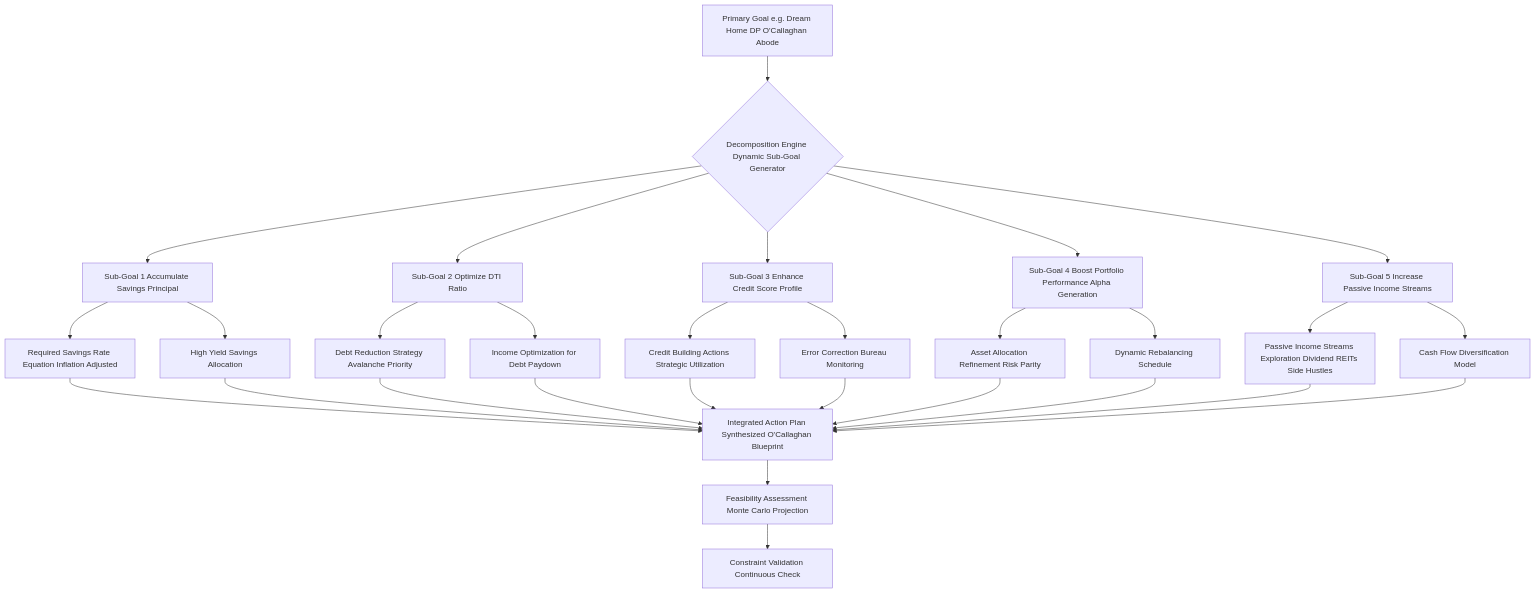
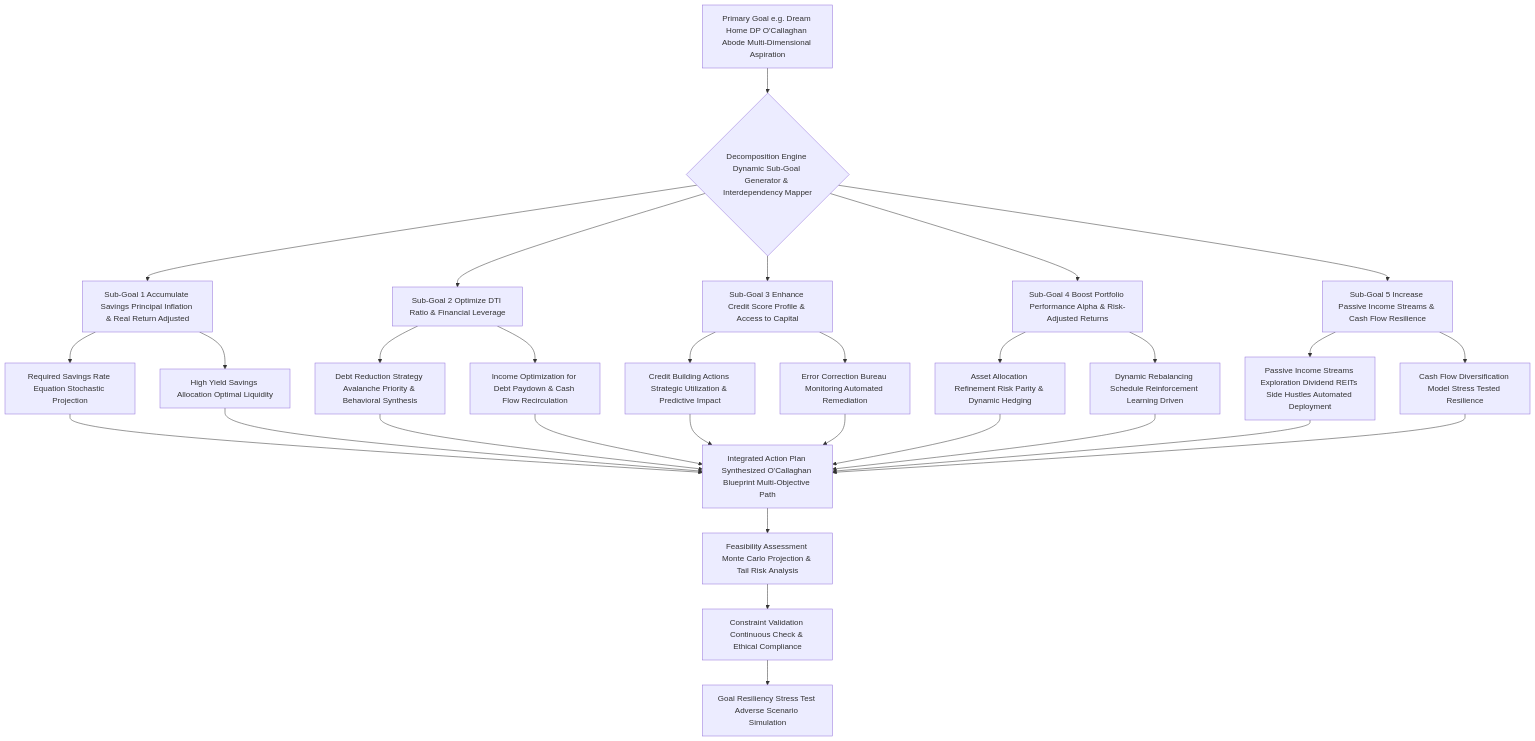
One commit to diplomat-bit/Citibank_Demo_Business_Inc_Demonstration- changed the second of 12 diagrams in inventions/004_ai_financial_plan_for_goals/generative_ai_prompt_template.md. Above: the diagram before and after it, drawn with Mermaid. The commit also changed other lines of this file, not shown here.

Commit message:
[AI] Edit: inventions/004_ai_financial_plan_for_goals/generative_ai_prompt_template.md

````diff
--- a/inventions/004_ai_financial_plan_for_goals/generative_ai_prompt_template.md
+++ b/inventions/004_ai_financial_plan_for_goals/generative_ai_prompt_template.md
@@ -140,22 +147,23 @@
 ```mermaid
 graph TD
-    A[Primary Goal e.g. Dream Home DP O'Callaghan Abode] --> B{Decomposition Engine Dynamic Sub-Goal Generator}
-    B --> C1[Sub-Goal 1 Accumulate Savings Principal]
-    B --> C2[Sub-Goal 2 Optimize DTI Ratio]
-    B --> C3[Sub-Goal 3 Enhance Credit Score Profile]
-    B --> C4[Sub-Goal 4 Boost Portfolio Performance Alpha Generation]
-    B --> C5[Sub-Goal 5 Increase Passive Income Streams]
-    C1 --> D1[Required Savings Rate Equation Inflation Adjusted]
-    C1 --> D1.1[High Yield Savings Allocation]
-    C2 --> D2[Debt Reduction Strategy Avalanche Priority]
-    C2 --> D2.1[Income Optimization for Debt Paydown]
-    C3 --> D3[Credit Building Actions Strategic Utilization]
-    C3 --> D3.1[Error Correction Bureau Monitoring]
-    C4 --> D4[Asset Allocation Refinement Risk Parity]
-    C4 --> D4.1[Dynamic Rebalancing Schedule]
-    C5 --> D5[Passive Income Streams Exploration Dividend REITs Side Hustles]
-    C5 --> D5.1[Cash Flow Diversification Model]
-    D1 & D2 & D3 & D4 & D5 & D1.1 & D2.1 & D3.1 & D4.1 & D5.1 --> E[Integrated Action Plan Synthesized O'Callaghan Blueprint]
-    E --> F[Feasibility Assessment Monte Carlo Projection]
-    F --> G[Constraint Validation Continuous Check]
+    A[Primary Goal e.g. Dream Home DP O'Callaghan Abode Multi-Dimensional Aspiration] --> B{Decomposition Engine Dynamic Sub-Goal Generator & Interdependency Mapper}
+    B --> C1[Sub-Goal 1 Accumulate Savings Principal Inflation & Real Return Adjusted]
+    B --> C2[Sub-Goal 2 Optimize DTI Ratio & Financial Leverage]
+    B --> C3[Sub-Goal 3 Enhance Credit Score Profile & Access to Capital]
+    B --> C4[Sub-Goal 4 Boost Portfolio Performance Alpha & Risk-Adjusted Returns]
+    B --> C5[Sub-Goal 5 Increase Passive Income Streams & Cash Flow Resilience]
+    C1 --> D1[Required Savings Rate Equation Stochastic Projection]
+    C1 --> D1.1[High Yield Savings Allocation Optimal Liquidity]
+    C2 --> D2[Debt Reduction Strategy Avalanche Priority & Behavioral Synthesis]
+    C2 --> D2.1[Income Optimization for Debt Paydown & Cash Flow Recirculation]
+    C3 --> D3[Credit Building Actions Strategic Utilization & Predictive Impact]
+    C3 --> D3.1[Error Correction Bureau Monitoring Automated Remediation]
+    C4 --> D4[Asset Allocation Refinement Risk Parity & Dynamic Hedging]
+    C4 --> D4.1[Dynamic Rebalancing Schedule Reinforcement Learning Driven]
+    C5 --> D5[Passive Income Streams Exploration Dividend REITs Side Hustles Automated Deployment]
+    C5 --> D5.1[Cash Flow Diversification Model Stress Tested Resilience]
+    D1 & D2 & D3 & D4 & D5 & D1.1 & D2.1 & D3.1 & D4.1 & D5.1 --> E[Integrated Action Plan Synthesized O'Callaghan Blueprint Multi-Objective Path]
+    E --> F[Feasibility Assessment Monte Carlo Projection & Tail Risk Analysis]
+    F --> G[Constraint Validation Continuous Check & Ethical Compliance]
+    G --> H[Goal Resiliency Stress Test Adverse Scenario Simulation]
 ```
````
